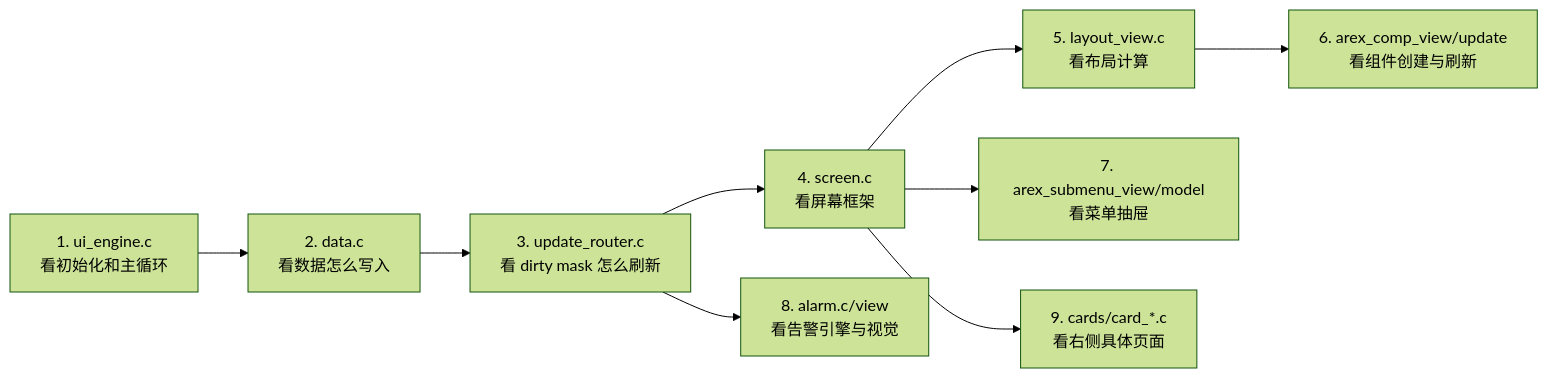
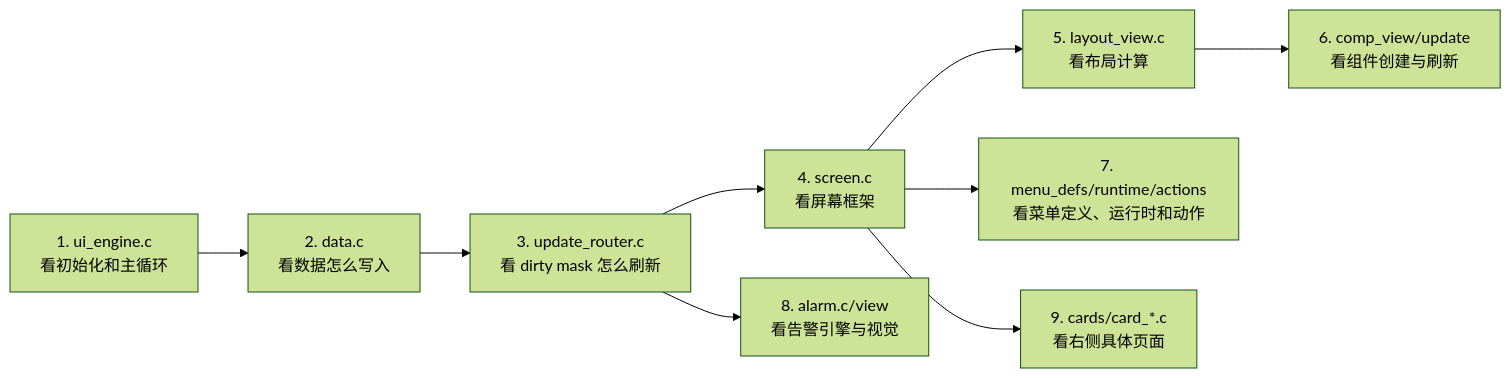
Before and after one commit to arexvision/lv_port_win_codeblocks-release-v8.3_hasGroup: the sixth of 6 diagrams in UI_html_DOC/UI_MODULE_MAP.md, drawn with Mermaid (forest theme). The commit also changed other lines of this file and 4 other files, not shown here.

````diff
--- a/UI_html_DOC/UI_MODULE_MAP.md
+++ b/UI_html_DOC/UI_MODULE_MAP.md
@@ -215,11 +228,11 @@
 ```mermaid
 flowchart LR
     A["1. ui_engine.c<br/>看初始化和主循环"] --> B["2. data.c<br/>看数据怎么写入"]
     B --> C["3. update_router.c<br/>看 dirty mask 怎么刷新"]
     C --> D["4. screen.c<br/>看屏幕框架"]
     D --> E["5. layout_view.c<br/>看布局计算"]
-    E --> F["6. arex_comp_view/update<br/>看组件创建与刷新"]
-    D --> G["7. arex_submenu_view/model<br/>看菜单抽屉"]
+    E --> F["6. comp_view/update<br/>看组件创建与刷新"]
+    D --> G["7. menu_defs/runtime/actions<br/>看菜单定义、运行时和动作"]
     C --> H["8. alarm.c/view<br/>看告警引擎与视觉"]
     D --> I["9. cards/card_*.c<br/>看右侧具体页面"]
 ```
````
